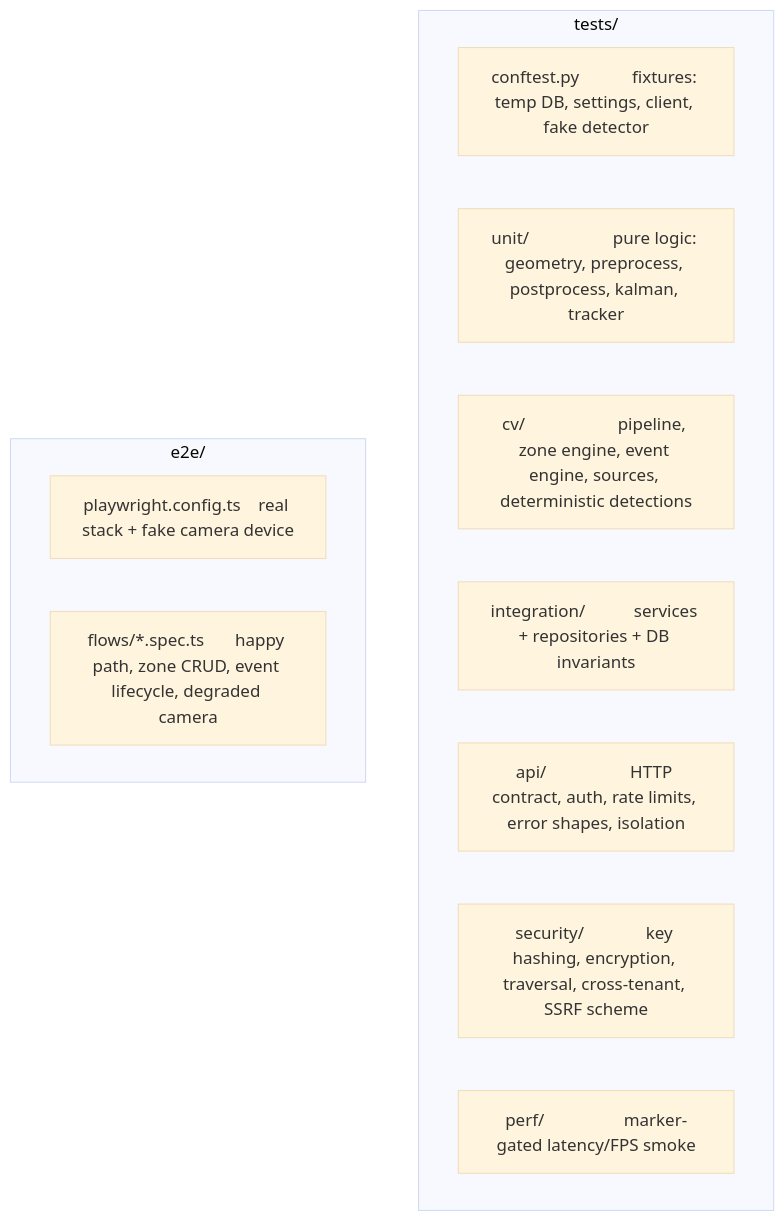
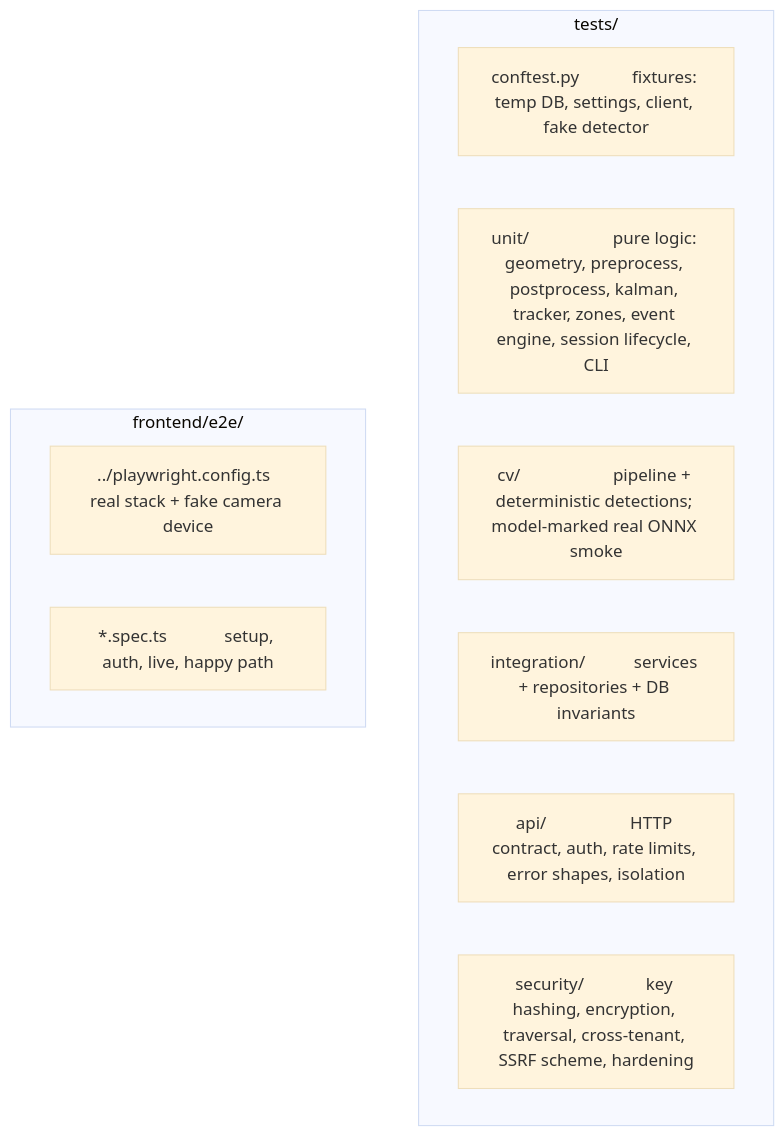
The fifth of 5 diagrams in docs/REPOSITORY_STRUCTURE.md (okwedavid/VisionOPs), drawn with Mermaid (base theme) before and after one commit. The commit also changed other lines of this file and 4 other files, not shown here.

````diff
--- a/docs/REPOSITORY_STRUCTURE.md
+++ b/docs/REPOSITORY_STRUCTURE.md
@@ -196,16 +194,15 @@
 ```mermaid
 flowchart TB
   subgraph t["tests/"]
     CONFT["conftest.py            fixtures: temp DB, settings, client, fake detector"]
-    UT["unit/                   pure logic: geometry, preprocess, postprocess, kalman, tracker"]
-    CV["cv/                     pipeline, zone engine, event engine, sources, deterministic detections"]
+    UT["unit/                   pure logic: geometry, preprocess, postprocess, kalman, tracker, zones, event engine, session lifecycle, CLI"]
+    CV["cv/                     pipeline + deterministic detections; model-marked real ONNX smoke"]
     INT["integration/           services + repositories + DB invariants"]
     API["api/                   HTTP contract, auth, rate limits, error shapes, isolation"]
-    SEC["security/              key hashing, encryption, traversal, cross-tenant, SSRF scheme"]
-    PERF["perf/                  marker-gated latency/FPS smoke"]
+    SEC["security/              key hashing, encryption, traversal, cross-tenant, SSRF scheme, hardening"]
   end
-  subgraph e["e2e/"]
-    PW["playwright.config.ts    real stack + fake camera device"]
-    FLOWS["flows/*.spec.ts       happy path, zone CRUD, event lifecycle, degraded camera"]
+  subgraph e["frontend/e2e/"]
+    PW["../playwright.config.ts  real stack + fake camera device"]
+    FLOWS["*.spec.ts             setup, auth, live, happy path"]
   end
 ```
````
